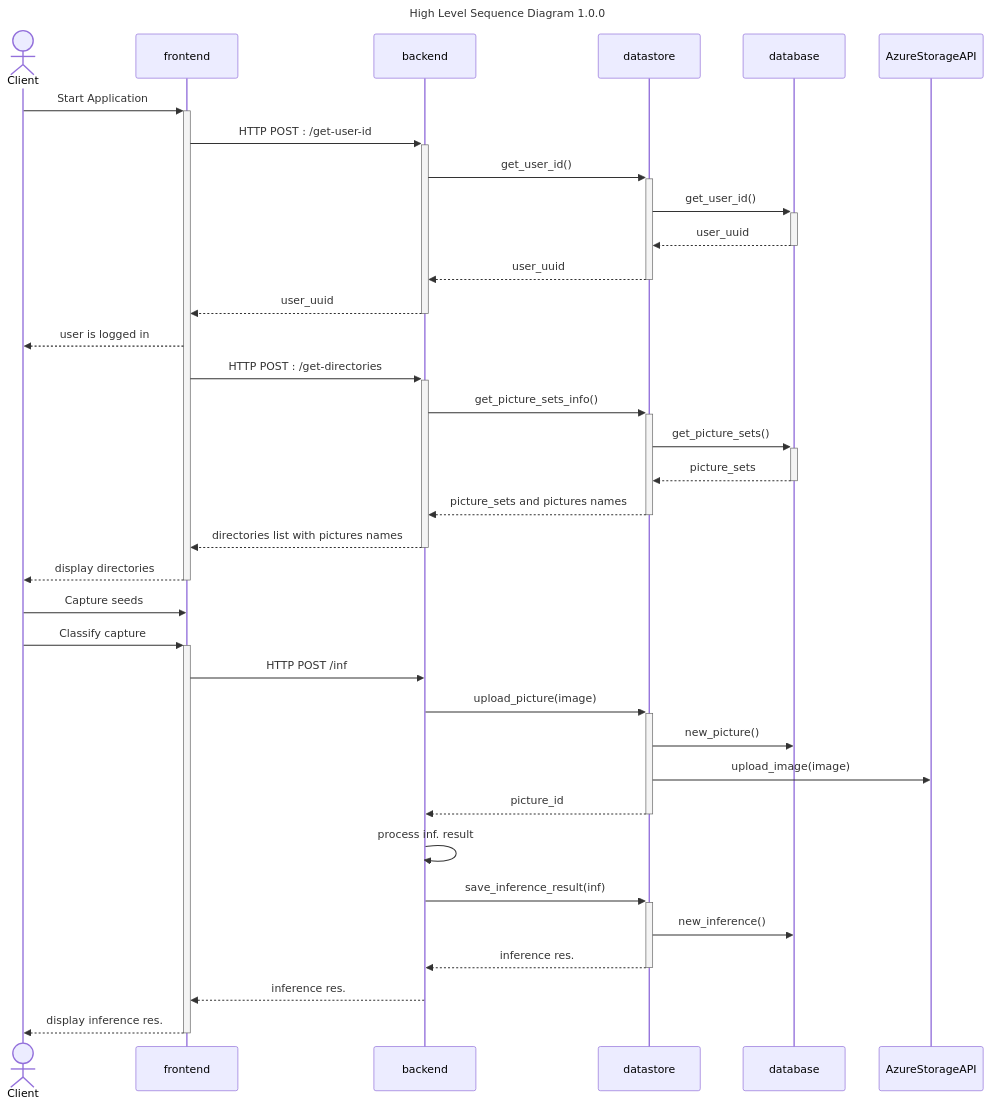
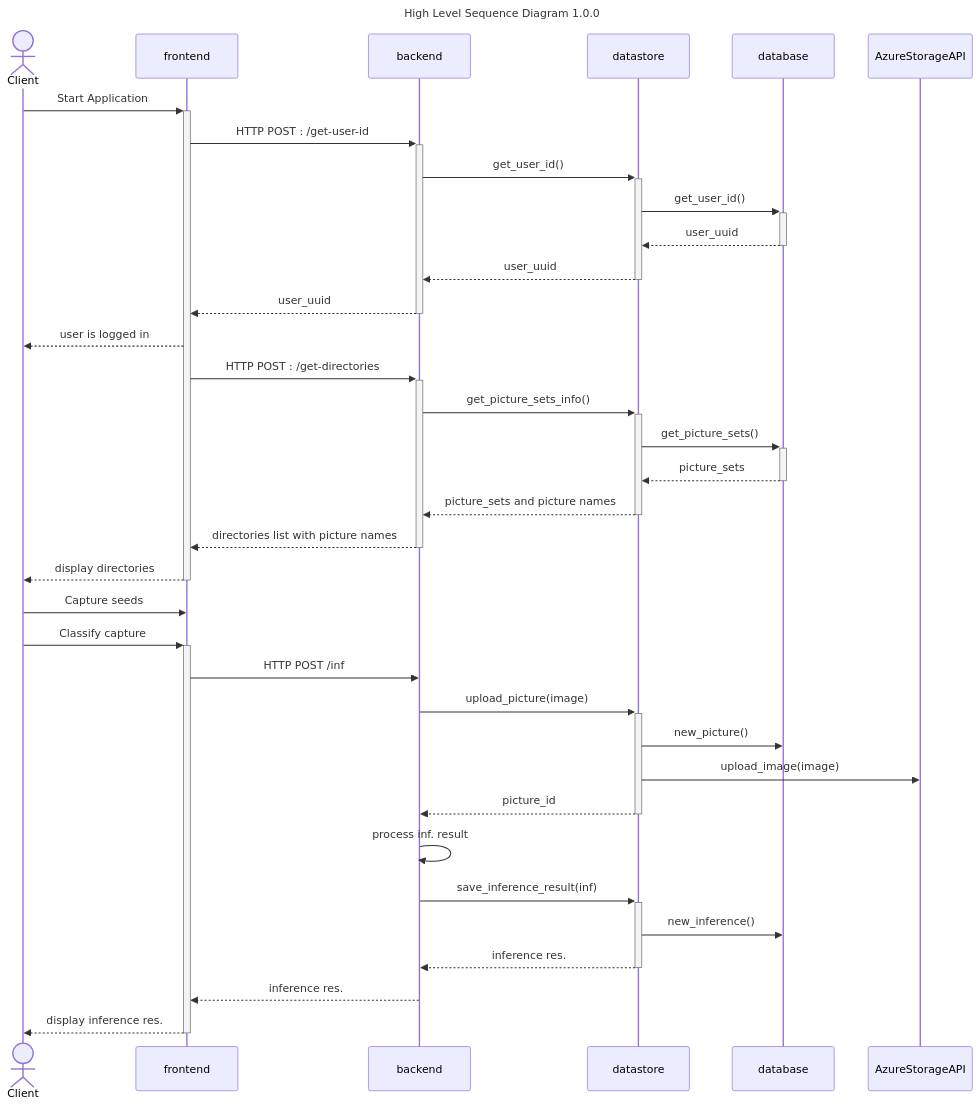
The first of 2 diagrams in README.md (ai-cfia/nachet-backend), drawn with Mermaid before and after one commit. The commit also changed other lines of this file and 6 other files, not shown here.

````diff
--- a/README.md
+++ b/README.md
@@ -8,40 +8,40 @@
 ```mermaid
 sequenceDiagram
 
   title: High Level Sequence Diagram 1.0.0
   actor Client
   participant frontend
   participant backend
   participant datastore
   participant database
   participant AzureStorageAPI
 
 Client->>+frontend: Start Application
 frontend->>+backend: HTTP POST : /get-user-id
 backend->>+datastore: get_user_id()
 datastore->>+database: get_user_id()
 database-->>-datastore: user_uuid
 datastore-->>-backend: user_uuid
 backend-->>-frontend: user_uuid
 frontend-->>Client: user is logged in
 frontend->>+backend: HTTP POST : /get-directories
 backend->>+datastore: get_picture_sets_info()
 datastore->>+database: get_picture_sets()
 database-->>-datastore: picture_sets
-datastore-->>-backend: picture_sets and pictures names
-backend-->>-frontend: directories list with pictures names
+datastore-->>-backend: picture_sets and picture names
+backend-->>-frontend: directories list with picture names
 frontend-->>-Client: display directories
 Client->>frontend: Capture seeds
 Client->>+frontend: Classify capture
 frontend->>backend: HTTP POST /inf
 backend->>+datastore: upload_picture(image)
 datastore->>database: new_picture()
 datastore->>AzureStorageAPI: upload_image(image)
 datastore-->>-backend: picture_id
 backend->>backend: process inf. result
 backend->>+datastore: save_inference_result(inf)
 datastore->>database: new_inference()
 datastore-->>-backend: inference res.
 backend-->>frontend: inference res.
 frontend-->>-Client: display inference res.
 ```
````
